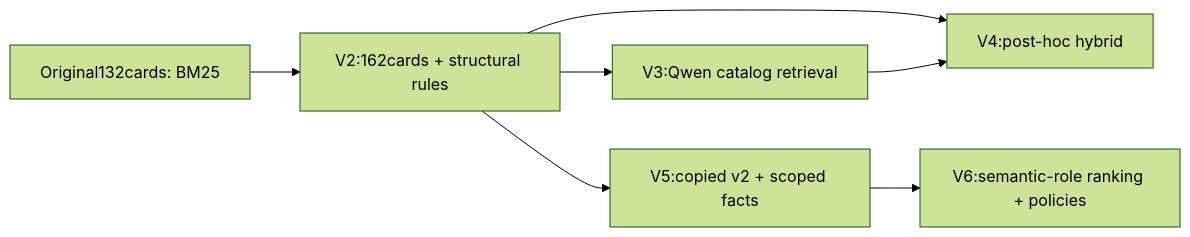
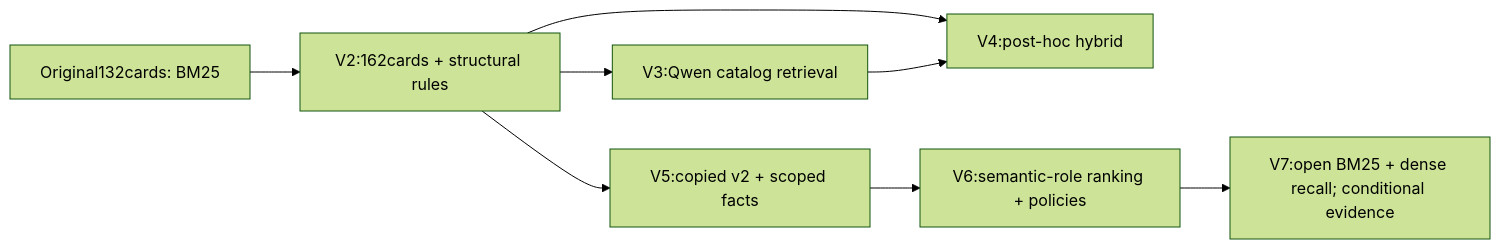
One commit to TranXuanPhong25/ConceptTesting changed the diagram in python_bug_concepts/VERSIONS.md. Above: the diagram before and after it, drawn with Mermaid (forest theme). The commit also changed other lines of this file and 830 other files, not shown here.

````diff
--- a/python_bug_concepts/VERSIONS.md
+++ b/python_bug_concepts/VERSIONS.md
@@ -3,9 +3,10 @@
 ```mermaid
 flowchart LR
     V1["Original132cards: BM25"] --> V2["V2:162cards + structural rules"]
     V2 --> V3["V3:Qwen catalog retrieval"]
     V2 --> V4["V4:post-hoc hybrid"]
     V3 --> V4
     V2 --> V5["V5:copied v2 + scoped facts"]
     V5 --> V6["V6:semantic-role ranking + policies"]
+    V6 --> V7["V7:open BM25 + dense recall; conditional evidence"]
 ```
````
